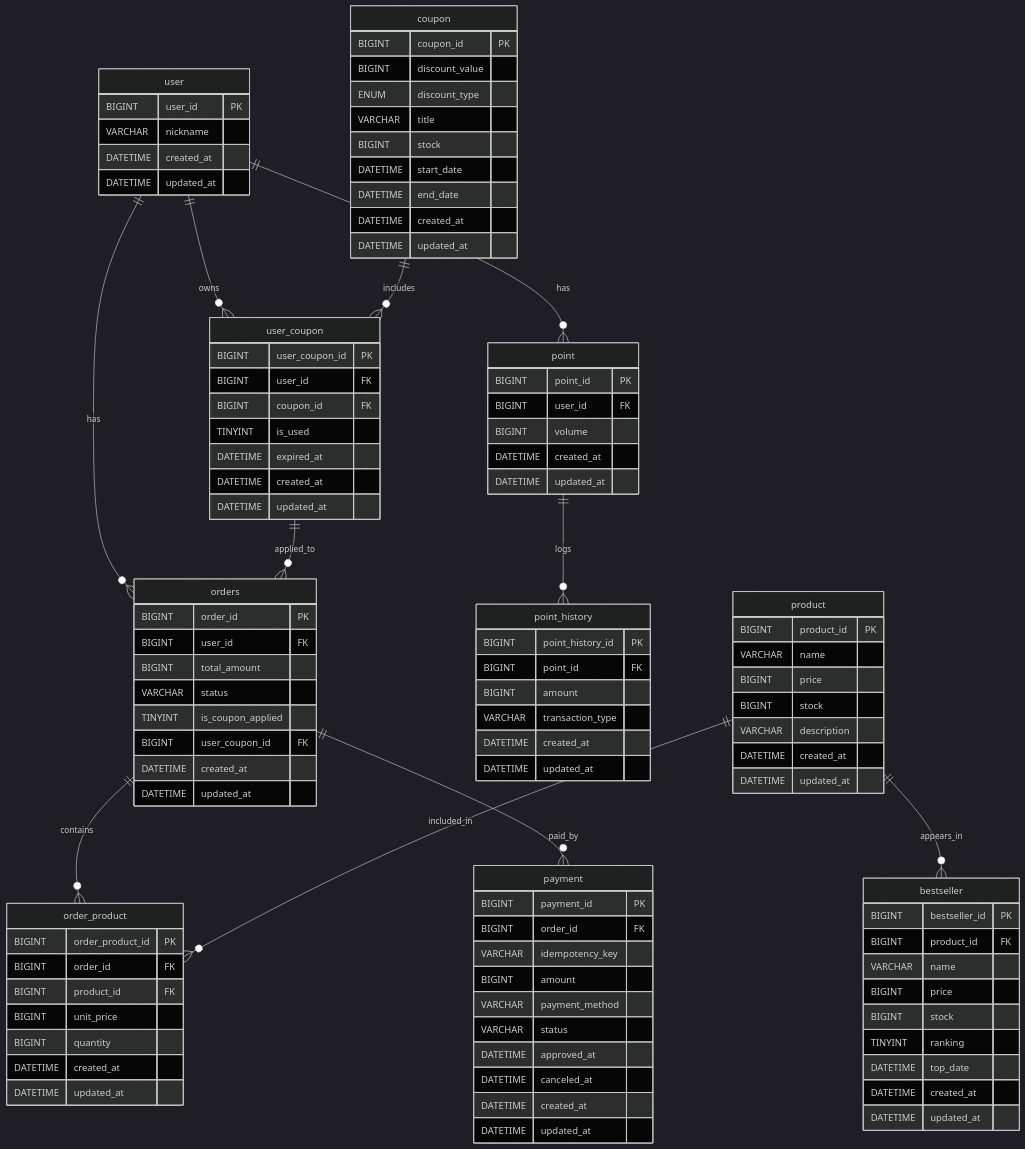
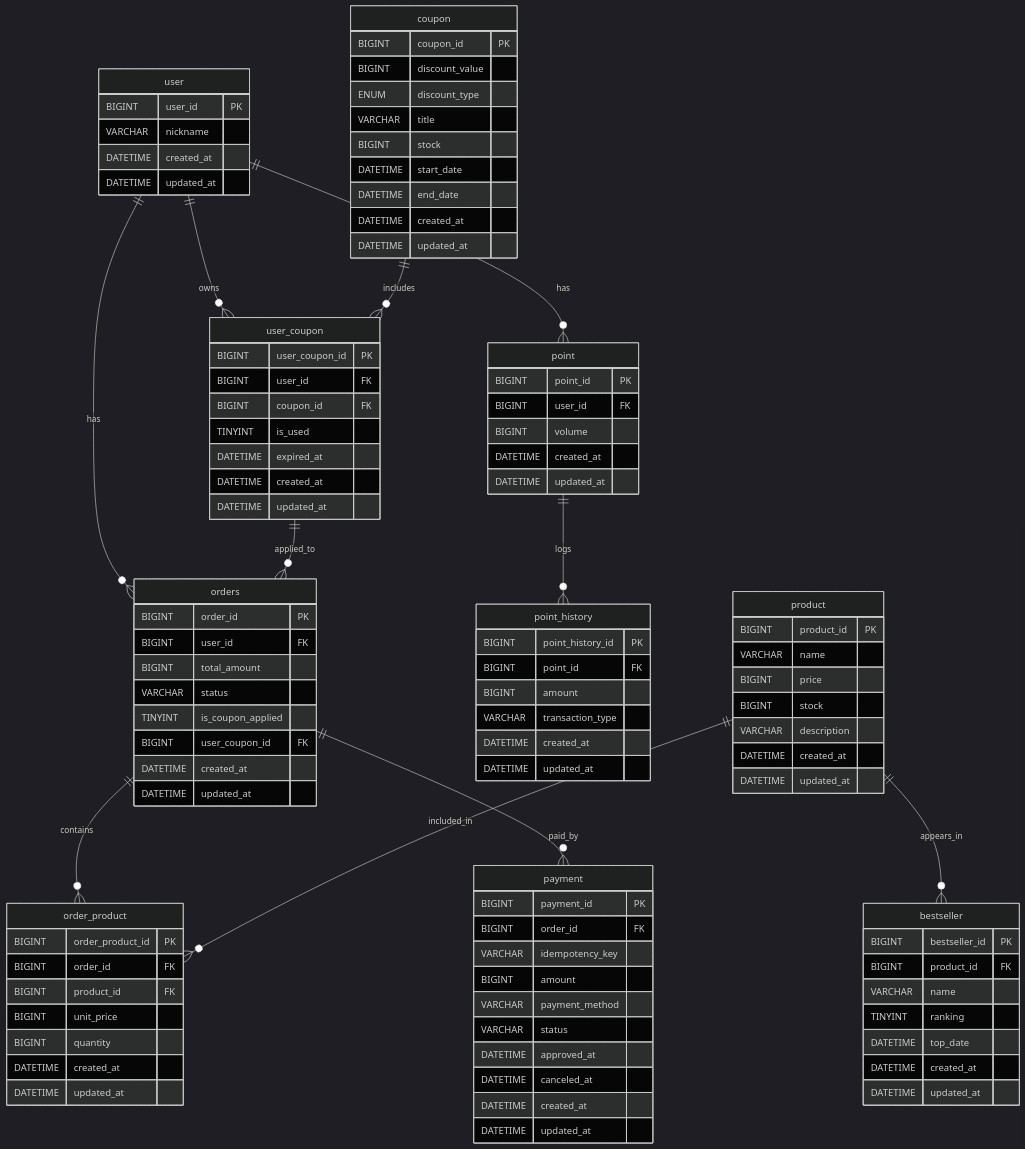
The diagram in docs/erd.md (BEpaul/e-commerce), drawn with Mermaid (dark theme) before and after one commit. The commit also changed other lines of this file, not shown here.

```diff
--- a/docs/erd.md
+++ b/docs/erd.md
@@ -110,8 +110,6 @@
         BIGINT bestseller_id PK
         BIGINT product_id FK
         VARCHAR name
-        BIGINT price
-        BIGINT stock
         TINYINT ranking
         DATETIME top_date
         DATETIME created_at
```
